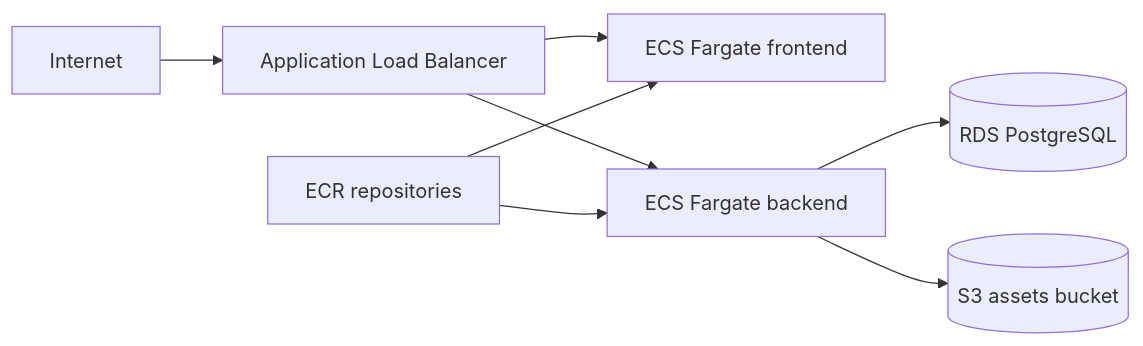
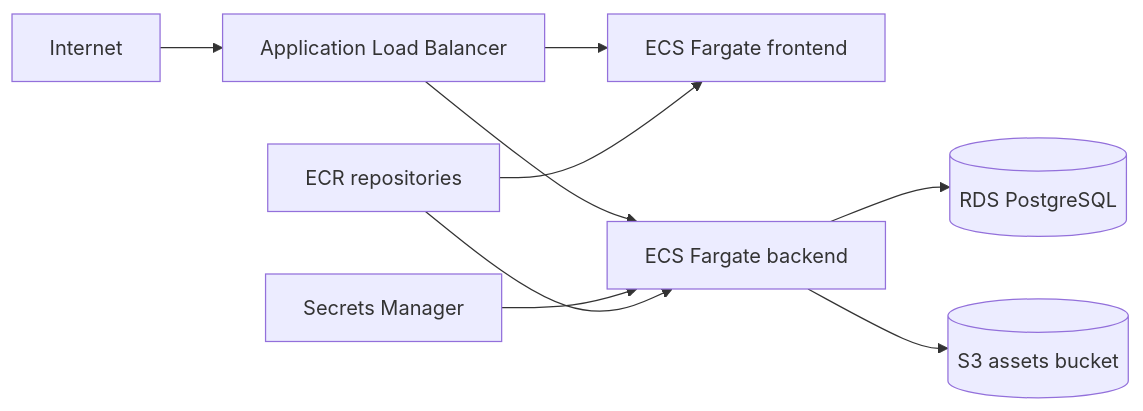
One commit to zerorclover/platform-hello changed the diagram in docs/architecture/task-1-infrastructure.md. Above: the diagram before and after it, drawn with Mermaid. The commit also changed other lines of this file and 5 other files, not shown here.

````diff
--- a/docs/architecture/task-1-infrastructure.md
+++ b/docs/architecture/task-1-infrastructure.md
@@ -9,10 +9,11 @@
 ```mermaid
 flowchart LR
   Internet[Internet] --> ALB[Application Load Balancer]
   ALB --> Frontend[ECS Fargate frontend]
   ALB --> Backend[ECS Fargate backend]
   Backend --> RDS[(RDS PostgreSQL)]
+  Secrets[Secrets Manager] --> Backend
   Backend --> S3[(S3 assets bucket)]
   ECR[ECR repositories] --> Frontend
   ECR --> Backend
 ```
````
